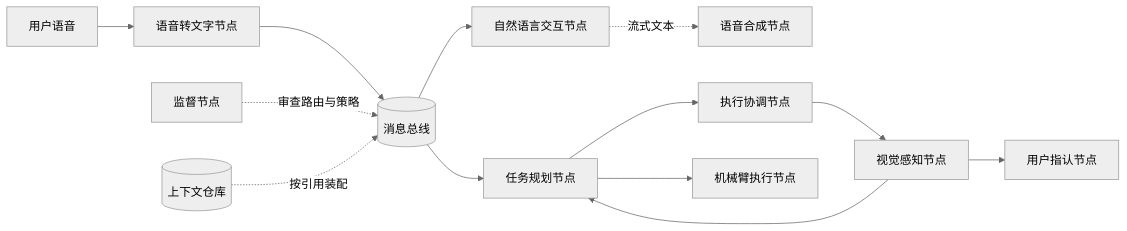
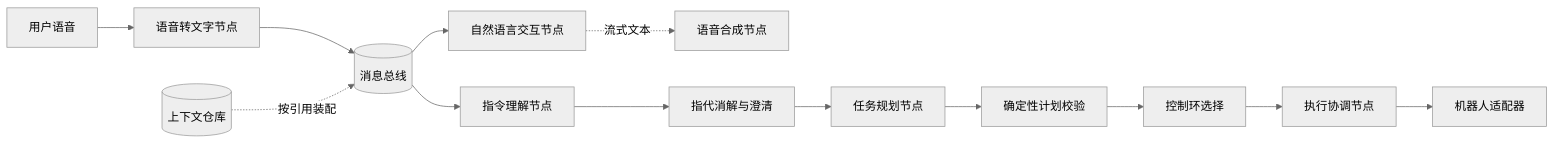
Before and after one commit to yibent/BusAgent: the diagram in README.md, drawn with Mermaid (neutral theme). The commit also changed other lines of this file and 58 other files, not shown here.

````diff
--- a/README.md
+++ b/README.md
@@ -35,15 +35,15 @@
 ```mermaid
 flowchart LR
     U[用户语音] --> I[语音转文字节点]
     I --> B[(消息总线)]
-    B --> P[任务规划节点]
+    B --> N[指令理解节点]
     B --> D[自然语言交互节点]
     D -. 流式文本 .-> T[语音合成节点]
-    P --> E[执行协调节点]
-    E --> V[视觉感知节点]
-    V --> P
-    V --> C[用户指认节点]
-    P --> A[机械臂执行节点]
-    S[监督节点] -. 审查路由与策略 .-> B
+    N --> G[指代消解与澄清]
+    G --> P[任务规划节点]
+    P --> V[确定性计划校验]
+    V --> L[控制环选择]
+    L --> E[执行协调节点]
+    E --> A[机器人适配器]
     X[(上下文仓库)] -. 按引用装配 .-> B
 ```
````
